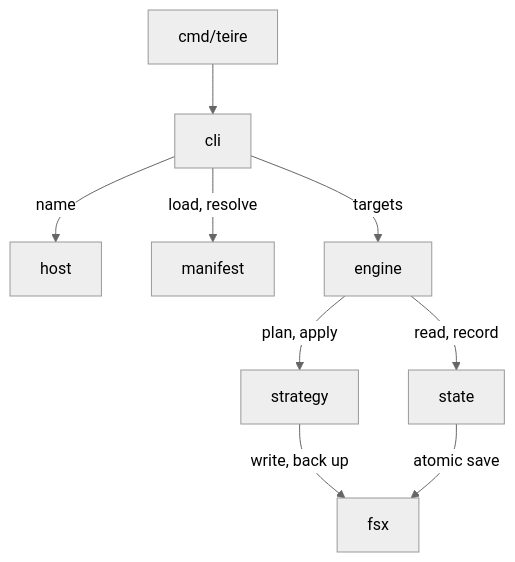
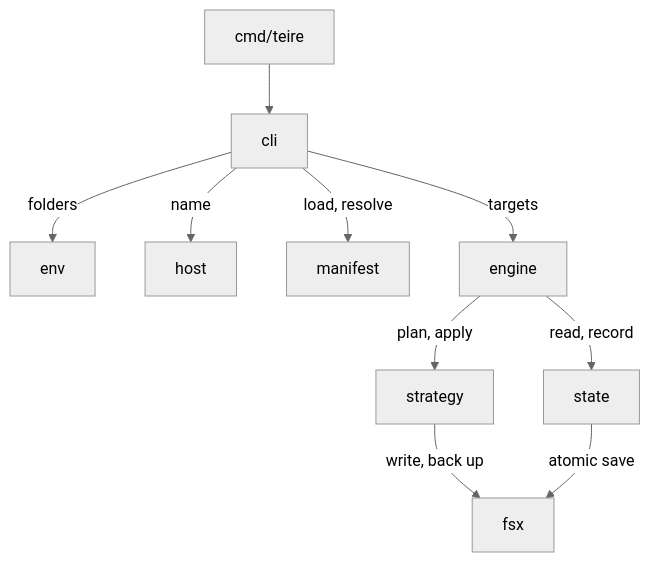
One commit to fabioueno/teire changed the diagram in docs/architecture/overview.md. Above: the diagram before and after it, drawn with Mermaid (neutral theme). The commit also changed other lines of this file and 37 other files, not shown here.

````diff
--- a/docs/architecture/overview.md
+++ b/docs/architecture/overview.md
@@ -99,11 +108,12 @@
 ```mermaid
 flowchart TD
   main[cmd/teire] --> cli
+  cli -->|folders| env
   cli -->|name| host
   cli -->|load, resolve| manifest
   cli -->|targets| engine
   engine -->|read, record| state
   engine -->|plan, apply| strategy
   strategy -->|write, back up| fsx
   state -->|atomic save| fsx
 ```
````
